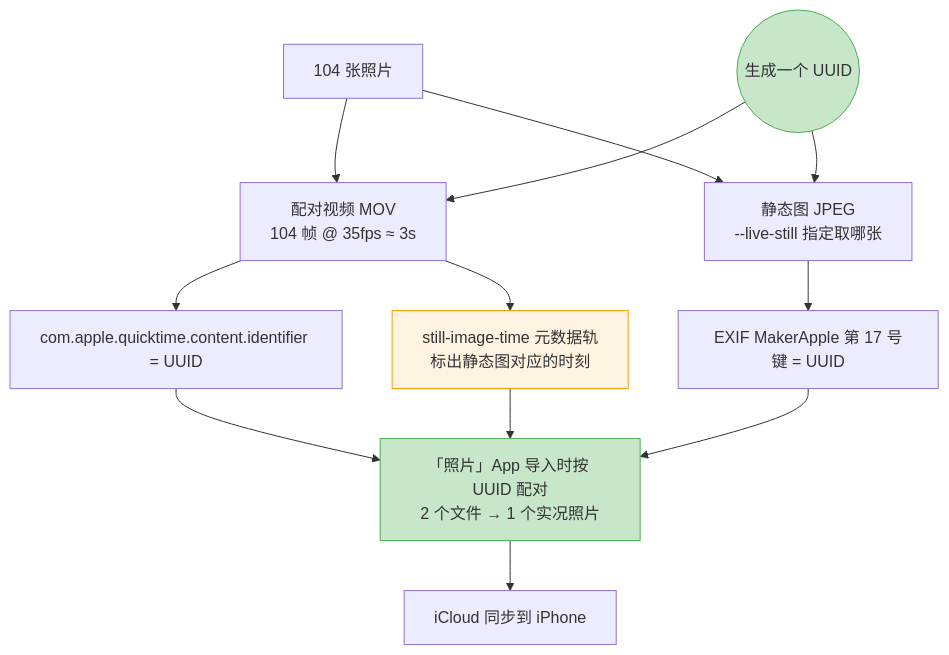
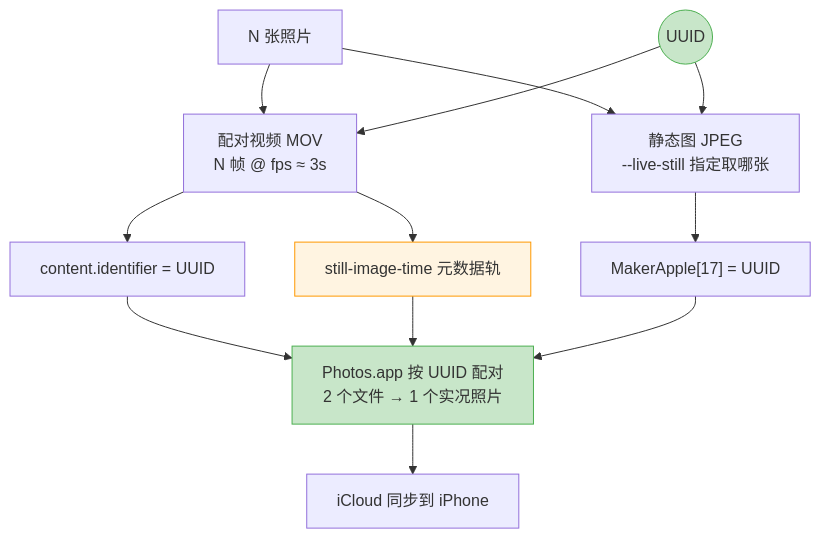
Before and after one commit to CooperZhuang/photos2live: the diagram in README.md, drawn with Mermaid. The commit also changed other lines of this file, not shown here.

````diff
--- a/README.md
+++ b/README.md
@@ -88,18 +105,14 @@
 ```mermaid
 flowchart TB
-    A[104 张照片] --> B["配对视频 MOV<br/>104 帧 @ 35fps ≈ 3s"]
-    A --> C["静态图 JPEG<br/>--live-still 指定取哪张"]
-    U(("生成一个 UUID")) --> B
-    U --> C
-    B --> B1["com.apple.quicktime.content.identifier = UUID"]
-    B --> B2["still-image-time 元数据轨<br/>标出静态图对应的时刻"]
-    C --> C1["EXIF MakerApple 第 17 号键 = UUID"]
-    B1 --> D["「照片」App 导入时按 UUID 配对<br/>2 个文件 → 1 个实况照片"]
-    B2 --> D
-    C1 --> D
+    A[N 张照片] --> B["配对视频 MOV\nN 帧 @ fps ≈ 3s"]
+    A --> C["静态图 JPEG\n--live-still 指定取哪张"]
+    U(("UUID")) --> B & C
+    B --> B1["content.identifier = UUID"]
+    B --> B2["still-image-time 元数据轨"]
+    C --> C1["MakerApple[17] = UUID"]
+    B1 & B2 & C1 --> D["Photos.app 按 UUID 配对\n2 个文件 → 1 个实况照片"]
     D --> E["iCloud 同步到 iPhone"]
-
     style U fill:#c8e6c9,stroke:#4caf50
     style B2 fill:#fff4e1,stroke:#ff9800
     style D fill:#c8e6c9,stroke:#4caf50
 ```
````
